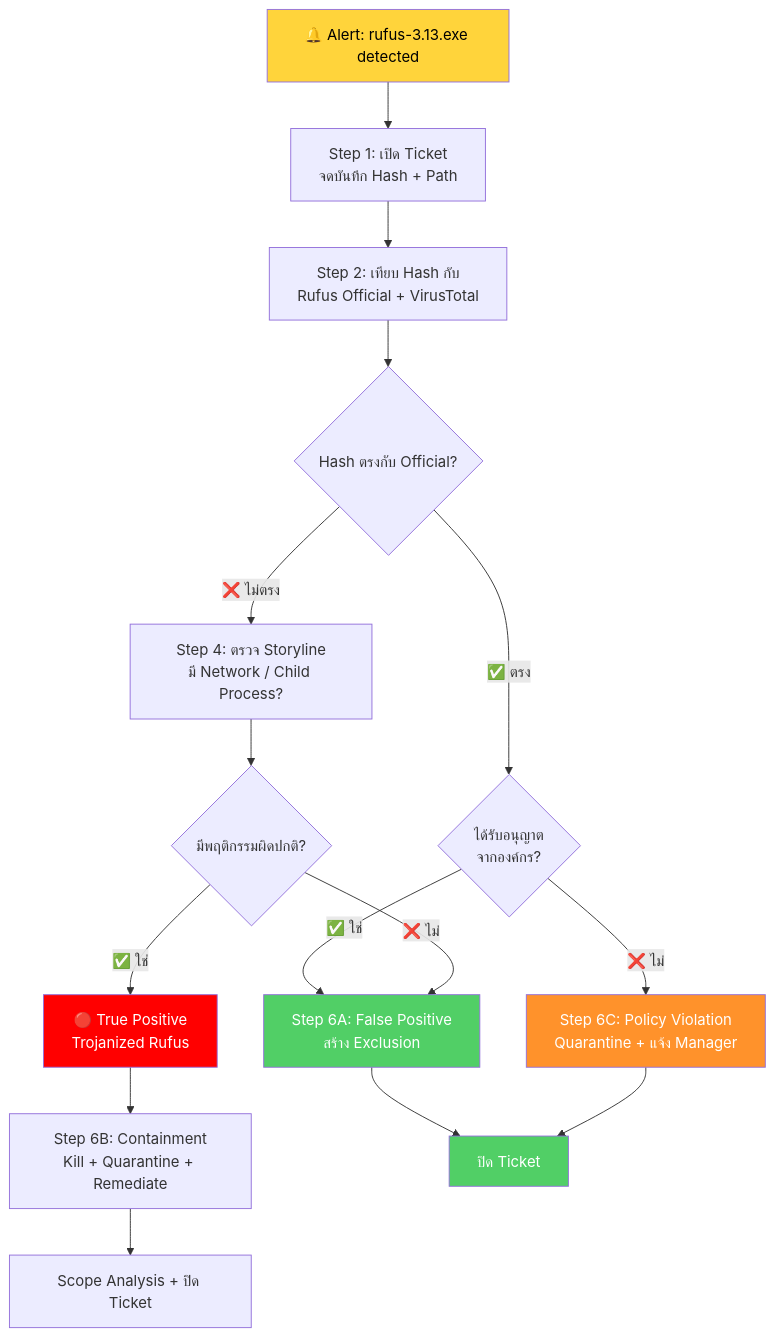
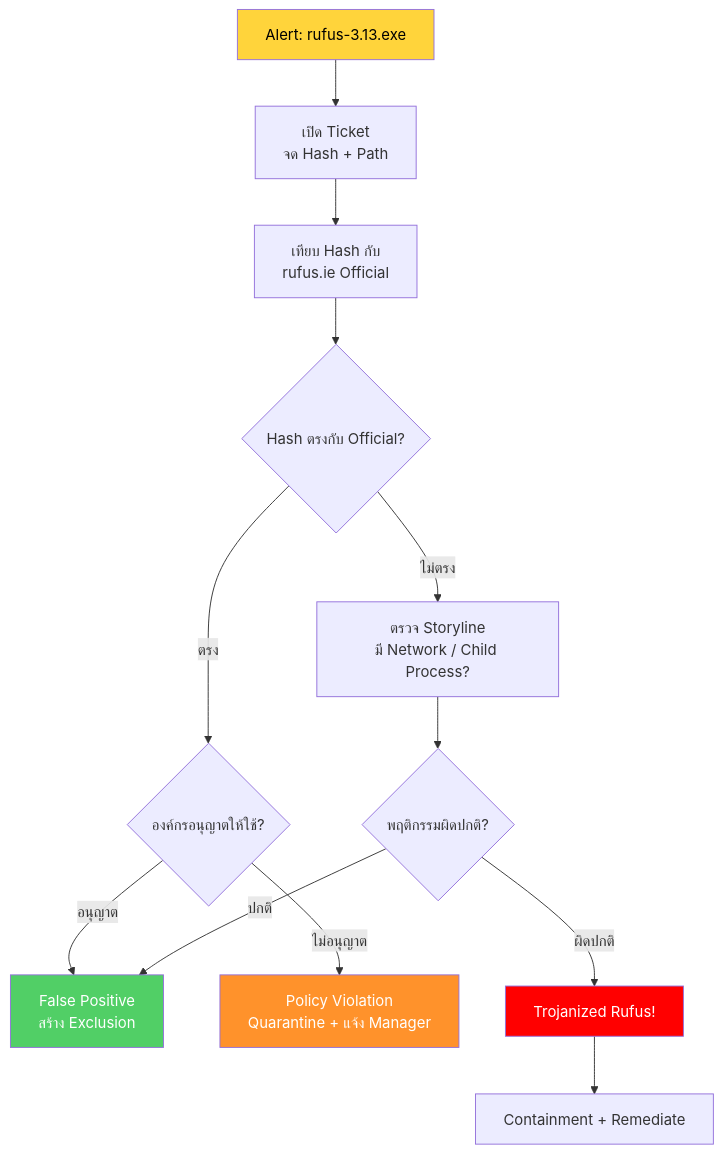
The diagram in playbooks/PB-05_rufus.md (nutthakorn7/SOC-SOP-TW), drawn with Mermaid before and after one commit. The commit also changed other lines of this file and 6 other files, not shown here.

````diff
--- a/playbooks/PB-05_rufus.md
+++ b/playbooks/PB-05_rufus.md
@@ -30,23 +30,19 @@
 ```mermaid
 flowchart TD
-    A["🔔 Alert: rufus-3.13.exe detected"] --> B["Step 1: เปิด Ticket\nจดบันทึก Hash + Path"]
-    B --> C["Step 2: เทียบ Hash กับ\nRufus Official + VirusTotal"]
+    A["Alert: rufus-3.13.exe"] --> B["เปิด Ticket\nจด Hash + Path"]
+    B --> C["เทียบ Hash กับ\nrufus.ie Official"]
     C --> D{"Hash ตรงกับ Official?"}
-    D -->|"✅ ตรง"| E{"ได้รับอนุญาต\nจากองค์กร?"}
-    D -->|"❌ ไม่ตรง"| F["Step 4: ตรวจ Storyline\nมี Network / Child Process?"]
-    E -->|"✅ ใช่"| G["Step 6A: False Positive\nสร้าง Exclusion"]
-    E -->|"❌ ไม่"| H["Step 6C: Policy Violation\nQuarantine + แจ้ง Manager"]
-    F --> I{"มีพฤติกรรมผิดปกติ?"}
-    I -->|"✅ ใช่"| J["🔴 True Positive\nTrojanized Rufus"]
-    I -->|"❌ ไม่"| G
-    J --> K["Step 6B: Containment\nKill + Quarantine + Remediate"]
-    K --> L["Scope Analysis + ปิด Ticket"]
-    G --> M["ปิด Ticket"]
-    H --> M
+    D -->|"ตรง"| E{"องค์กรอนุญาตให้ใช้?"}
+    D -->|"ไม่ตรง"| F["ตรวจ Storyline\nมี Network / Child Process?"]
+    E -->|"อนุญาต"| G["False Positive\nสร้าง Exclusion"]
+    E -->|"ไม่อนุญาต"| H["Policy Violation\nQuarantine + แจ้ง Manager"]
+    F --> I{"พฤติกรรมผิดปกติ?"}
+    I -->|"ผิดปกติ"| J["Trojanized Rufus!"]
+    I -->|"ปกติ"| G
+    J --> K["Containment + Remediate"]
 
     style A fill:#ffd43b,color:#000
     style J fill:#ff0000,color:#fff
     style H fill:#ff922b,color:#fff
     style G fill:#51cf66,color:#fff
-    style M fill:#51cf66,color:#fff
 ```
````
